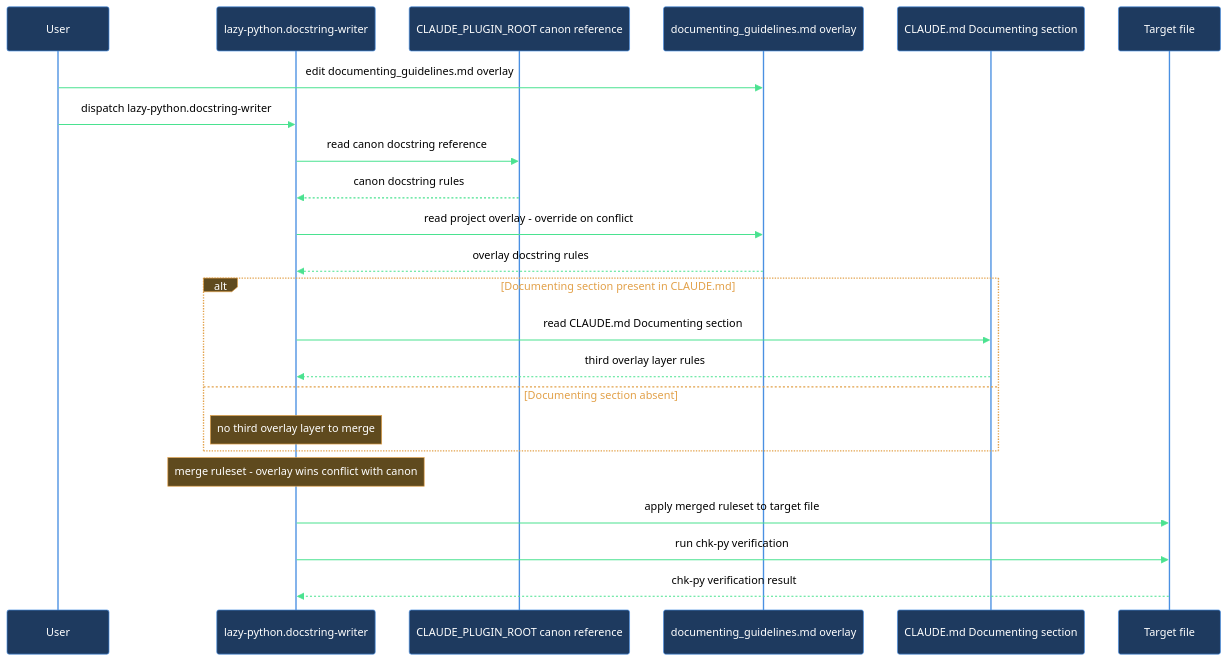
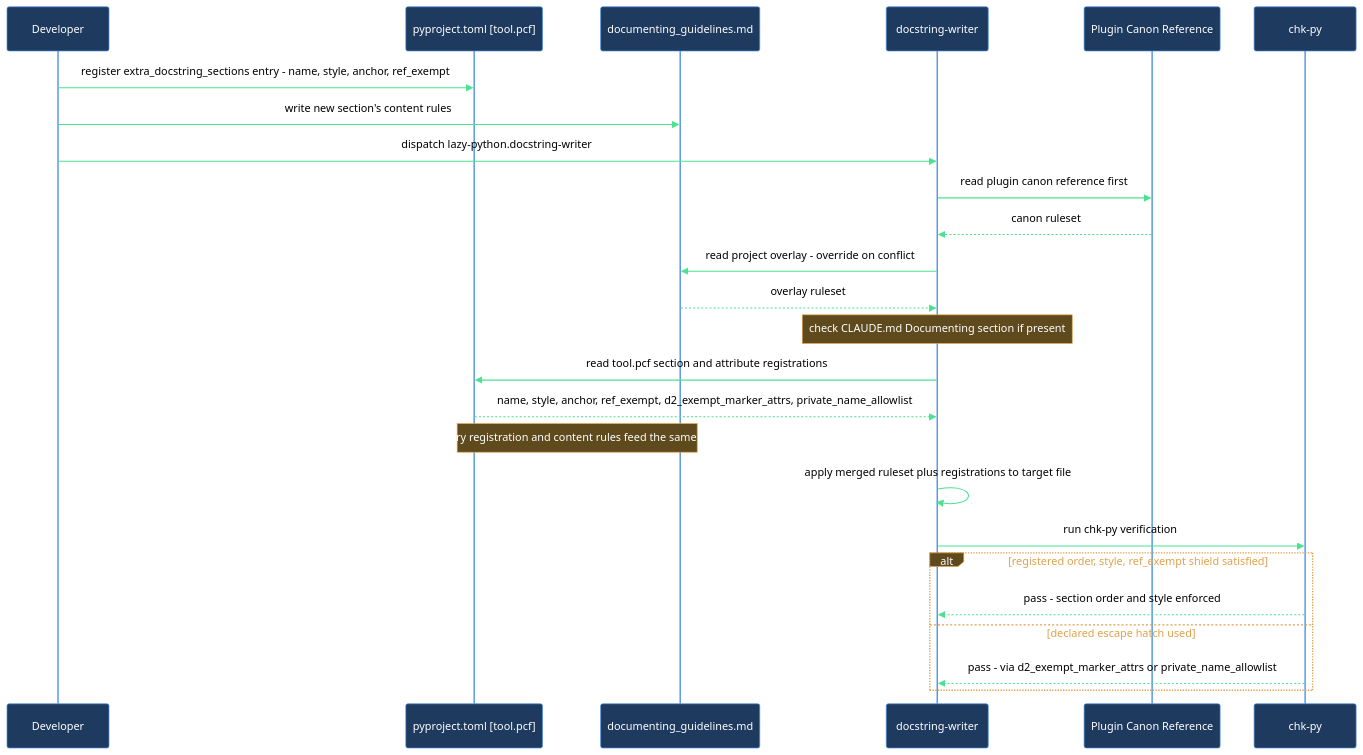
Before and after one commit to mebius-san/lazy-cortex: the diagram in claude/lazycortex-python/help/walkthroughs/add-project-overlay.md, drawn with Mermaid. The commit also changed other lines of this file and 40 other files, not shown here.

````diff
--- a/claude/lazycortex-python/help/walkthroughs/add-project-overlay.md
+++ b/claude/lazycortex-python/help/walkthroughs/add-project-overlay.md
@@ -150,27 +163,29 @@
 ```mermaid
 %%{init: {'themeVariables':{'background':'transparent','primaryColor':'#1e3a5f','primaryBorderColor':'#4a90e2','primaryTextColor':'#fff','lineColor':'#4ae290','actorBkg':'#1e3a5f','actorBorder':'#4a90e2','actorTextColor':'#fff','actorLineColor':'#4a90e2','signalColor':'#4ae290','signalTextColor':'#000','noteBkgColor':'#5f4a1e','noteBorderColor':'#e2a14a','noteTextColor':'#fff','labelBoxBkgColor':'#5f4a1e','labelBoxBorderColor':'#e2a14a','labelTextColor':'#fff','loopTextColor':'#e2a14a'},'sequence':{'diagramPadding':5,'useMaxWidth':true}}}%%
 sequenceDiagram
-  participant user as User
-  participant docstringWriter as lazy-python.docstring-writer
-  participant canonRef as CLAUDE_PLUGIN_ROOT canon reference
-  participant overlay as documenting_guidelines.md overlay
-  participant claudeMd as CLAUDE.md Documenting section
-  participant targetFile as Target file
+  participant user as Developer
+  participant pyprojectToml as pyproject.toml [tool.pcf]
+  participant overlay as documenting_guidelines.md
+  participant writer as docstring-writer
+  participant canon as Plugin Canon Reference
+  participant chkPy as chk-py
 
-  user->>overlay: edit documenting_guidelines.md overlay
-  user->>docstringWriter: dispatch lazy-python.docstring-writer
-  docstringWriter->>canonRef: read canon docstring reference
-  canonRef-->>docstringWriter: canon docstring rules
-  docstringWriter->>overlay: read project overlay - override on conflict
-  overlay-->>docstringWriter: overlay docstring rules
-  alt Documenting section present in CLAUDE.md
-    docstringWriter->>claudeMd: read CLAUDE.md Documenting section
-    claudeMd-->>docstringWriter: third overlay layer rules
-  else Documenting section absent
-    Note over docstringWriter: no third overlay layer to merge
+  user->>pyprojectToml: register extra_docstring_sections entry - name, style, anchor, ref_exempt
+  user->>overlay: write new section's content rules
+  user->>writer: dispatch lazy-python.docstring-writer
+  writer->>canon: read plugin canon reference first
+  canon-->>writer: canon ruleset
+  writer->>overlay: read project overlay - override on conflict
+  overlay-->>writer: overlay ruleset
+  Note over writer: check CLAUDE.md Documenting section if present
+  writer->>pyprojectToml: read tool.pcf section and attribute registrations
+  pyprojectToml-->>writer: name, style, anchor, ref_exempt, d2_exempt_marker_attrs, private_name_allowlist
+  Note over pyprojectToml,overlay: machinery registration and content rules feed the same dispatch
+  writer->>writer: apply merged ruleset plus registrations to target file
+  writer->>chkPy: run chk-py verification
+  alt registered order, style, ref_exempt shield satisfied
+    chkPy-->>writer: pass - section order and style enforced
+  else declared escape hatch used
+    chkPy-->>writer: pass - via d2_exempt_marker_attrs or private_name_allowlist
   end
-  Note over docstringWriter: merge ruleset - overlay wins conflict with canon
-  docstringWriter->>targetFile: apply merged ruleset to target file
-  docstringWriter->>targetFile: run chk-py verification
-  targetFile-->>docstringWriter: chk-py verification result
 ```
````
